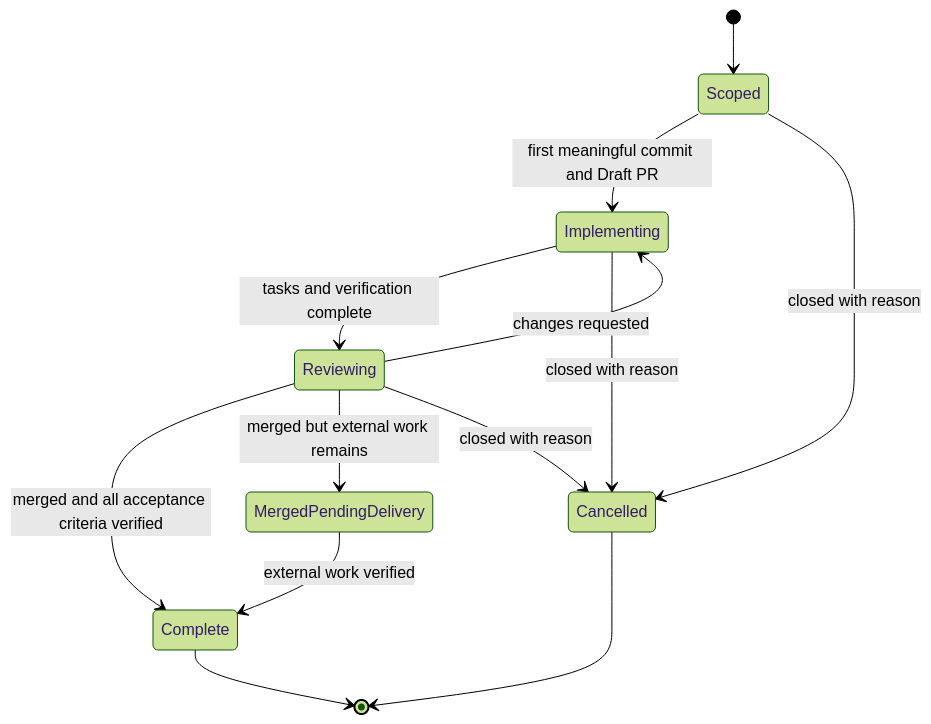
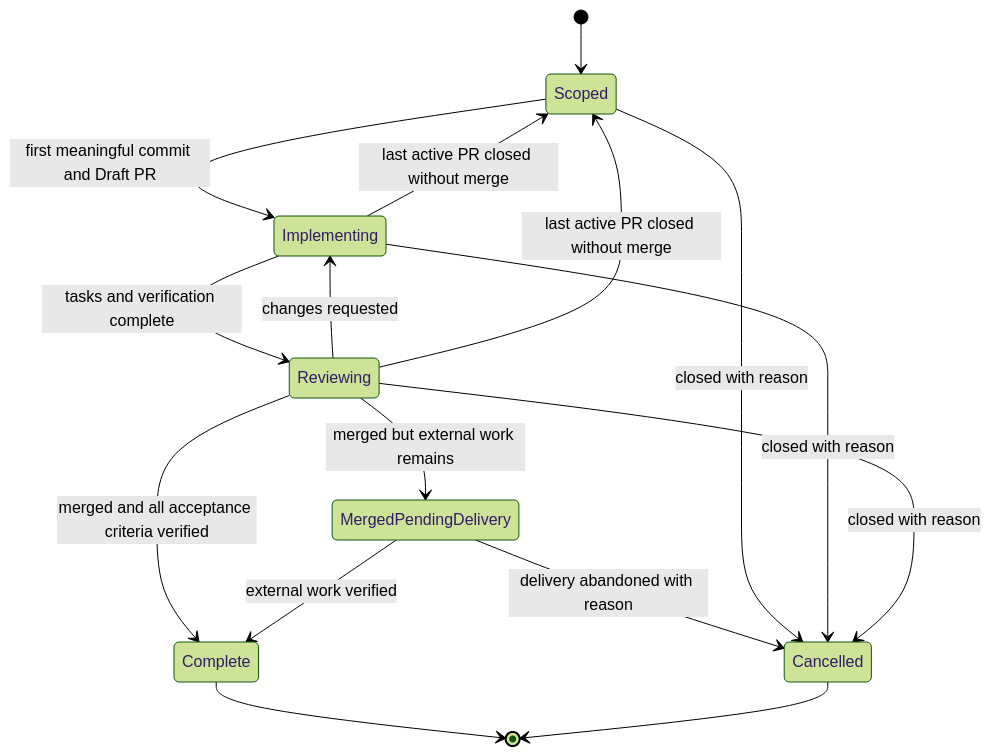
The second of 2 diagrams in CONTEXT.md (knotmark-ai/devmuse), drawn with Mermaid (forest theme) before and after one commit. The commit also changed other lines of this file and 2 other files, not shown here.

Commit message:
docs(specs): close project-context review gaps

````diff
--- a/CONTEXT.md
+++ b/CONTEXT.md
@@ -313,15 +313,18 @@
 ```mermaid
 stateDiagram-v2
     [*] --> Scoped
     Scoped --> Implementing: first meaningful commit and Draft PR
     Implementing --> Reviewing: tasks and verification complete
     Reviewing --> Implementing: changes requested
+    Implementing --> Scoped: last active PR closed without merge
+    Reviewing --> Scoped: last active PR closed without merge
     Reviewing --> Complete: merged and all acceptance criteria verified
     Reviewing --> MergedPendingDelivery: merged but external work remains
     MergedPendingDelivery --> Complete: external work verified
+    MergedPendingDelivery --> Cancelled: delivery abandoned with reason
     Scoped --> Cancelled: closed with reason
     Implementing --> Cancelled: closed with reason
     Reviewing --> Cancelled: closed with reason
     Complete --> [*]
     Cancelled --> [*]
 ```
````
